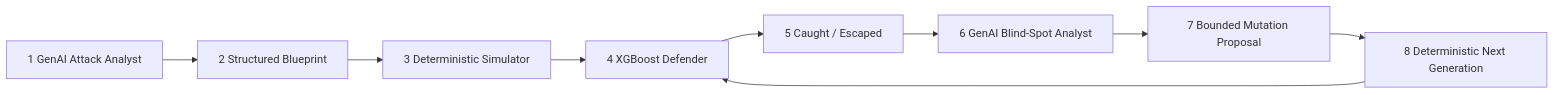
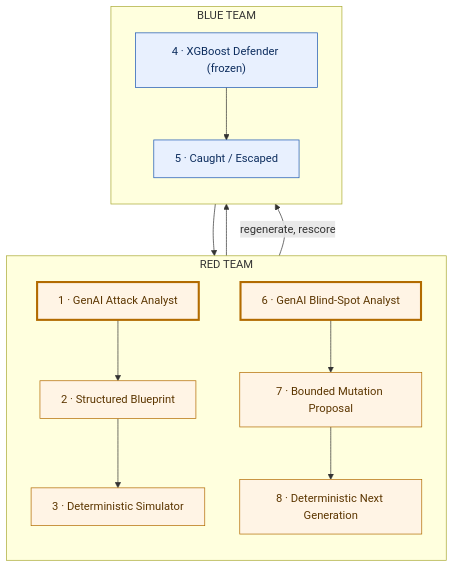
Before and after one commit to schoudhary2703-sudo/mastercard-aegis: the diagram in README.md, drawn with Mermaid. The commit also changed other lines of this file, not shown here.

````diff
--- a/README.md
+++ b/README.md
@@ -43,11 +78,24 @@
 ```mermaid
-flowchart LR
-    A["1 GenAI Attack Analyst"] --> B["2 Structured Blueprint"]
-    B --> C["3 Deterministic Simulator"]
-    C --> D["4 XGBoost Defender"]
-    D --> E["5 Caught / Escaped"]
-    E --> F["6 GenAI Blind-Spot Analyst"]
-    F --> G["7 Bounded Mutation Proposal"]
-    G --> H["8 Deterministic Next Generation"]
-    H --> D
+flowchart TD
+    subgraph RED["RED TEAM"]
+        direction TB
+        A["1 · GenAI Attack Analyst"] --> B["2 · Structured Blueprint"]
+        B --> C["3 · Deterministic Simulator"]
+        F["6 · GenAI Blind-Spot Analyst"] --> G["7 · Bounded Mutation Proposal"]
+        G --> H["8 · Deterministic Next Generation"]
+    end
+    subgraph BLUE["BLUE TEAM"]
+        direction TB
+        D["4 · XGBoost Defender (frozen)"] --> E["5 · Caught / Escaped"]
+    end
+    C --> D
+    E --> F
+    H -- "regenerate, rescore" --> D
+
+    classDef red fill:#fff4e5,stroke:#b26b00,color:#5c3600;
+    classDef blue fill:#e8f0fe,stroke:#1a56b3,color:#0d2d5e;
+    classDef genai stroke-width:3px,stroke-dasharray:0;
+    class A,B,C,F,G,H red;
+    class D,E blue;
+    class A,F genai;
 ```
````
